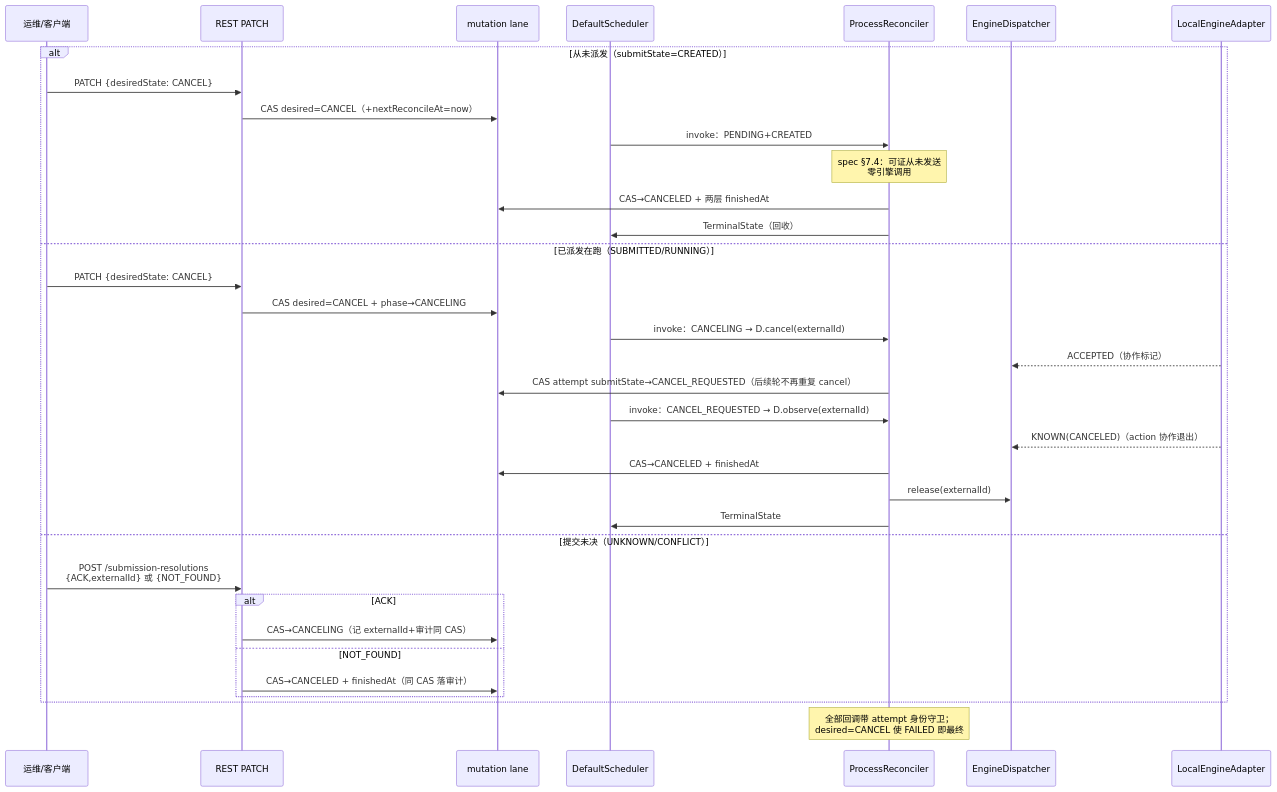
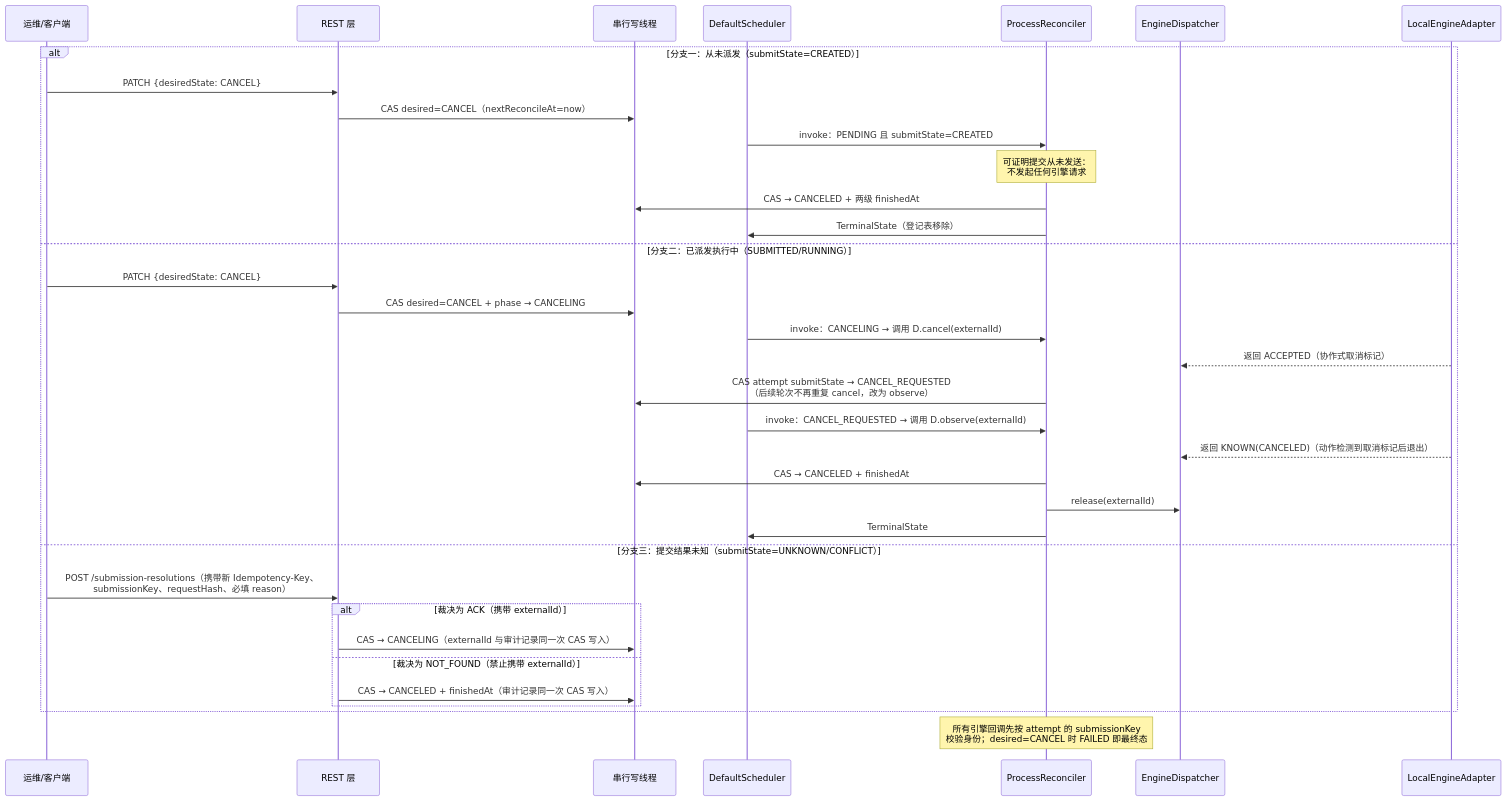
Before and after one commit to GlacioData/amoro: the sixth of 6 diagrams in tasks/process-lifecycle-runbook.md, drawn with Mermaid. The commit also changed other lines of this file, not shown here.

First line of the commit message:
[ams-v2][docs] Runbook 图集修订：术语规范化 + RUN/CANCEL 状态机拆分为独立两图

````diff
--- a/tasks/process-lifecycle-runbook.md
+++ b/tasks/process-lifecycle-runbook.md
@@ -192,38 +216,38 @@
 ```mermaid
 sequenceDiagram
     participant U as 运维/客户端
-    participant S as REST PATCH
-    participant L as mutation lane
+    participant S as REST 层
+    participant L as 串行写线程
     participant K as DefaultScheduler
     participant C as ProcessReconciler
     participant D as EngineDispatcher
     participant G as LocalEngineAdapter
 
-    alt 从未派发（submitState=CREATED）
+    alt 分支一：从未派发（submitState=CREATED）
         U->>S: PATCH {desiredState: CANCEL}
-        S->>L: CAS desired=CANCEL（+nextReconcileAt=now）
-        K->>C: invoke：PENDING+CREATED
-        Note over C: spec §7.4：可证从未发送<br/>零引擎调用
-        C->>L: CAS→CANCELED + 两层 finishedAt
-        C->>K: TerminalState（回收）
-    else 已派发在跑（SUBMITTED/RUNNING）
+        S->>L: CAS desired=CANCEL（nextReconcileAt=now）
+        K->>C: invoke：PENDING 且 submitState=CREATED
+        Note over C: 可证明提交从未发送：<br/>不发起任何引擎请求
+        C->>L: CAS → CANCELED + 两级 finishedAt
+        C->>K: TerminalState（登记表移除）
+    else 分支二：已派发执行中（SUBMITTED/RUNNING）
         U->>S: PATCH {desiredState: CANCEL}
-        S->>L: CAS desired=CANCEL + phase→CANCELING
-        K->>C: invoke：CANCELING → D.cancel(externalId)
-        G-->>D: ACCEPTED（协作标记）
-        C->>L: CAS attempt submitState→CANCEL_REQUESTED（后续轮不再重复 cancel）
-        K->>C: invoke：CANCEL_REQUESTED → D.observe(externalId)
-        G-->>D: KNOWN(CANCELED)（action 协作退出）
-        C->>L: CAS→CANCELED + finishedAt
+        S->>L: CAS desired=CANCEL + phase → CANCELING
+        K->>C: invoke：CANCELING → 调用 D.cancel(externalId)
+        G-->>D: 返回 ACCEPTED（协作式取消标记）
+        C->>L: CAS attempt submitState → CANCEL_REQUESTED<br/>（后续轮次不再重复 cancel，改为 observe）
+        K->>C: invoke：CANCEL_REQUESTED → 调用 D.observe(externalId)
+        G-->>D: 返回 KNOWN(CANCELED)（动作检测到取消标记后退出）
+        C->>L: CAS → CANCELED + finishedAt
         C->>D: release(externalId)
         C->>K: TerminalState
-    else 提交未决（UNKNOWN/CONFLICT）
-        U->>S: POST /submission-resolutions<br/>{ACK,externalId} 或 {NOT_FOUND}
-        alt ACK
-            S->>L: CAS→CANCELING（记 externalId+审计同 CAS）
-        else NOT_FOUND
-            S->>L: CAS→CANCELED + finishedAt（同 CAS 落审计）
+    else 分支三：提交结果未知（submitState=UNKNOWN/CONFLICT）
+        U->>S: POST /submission-resolutions（携带新 Idempotency-Key、<br/>submissionKey、requestHash、必填 reason）
+        alt 裁决为 ACK（携带 externalId）
+            S->>L: CAS → CANCELING（externalId 与审计记录同一次 CAS 写入）
+        else 裁决为 NOT_FOUND（禁止携带 externalId）
+            S->>L: CAS → CANCELED + finishedAt（审计记录同一次 CAS 写入）
         end
     end
-    Note over C: 全部回调带 attempt 身份守卫；<br/>desired=CANCEL 使 FAILED 即最终
+    Note over C: 所有引擎回调先按 attempt 的 submissionKey<br/>校验身份；desired=CANCEL 时 FAILED 即最终态
 ```
````
